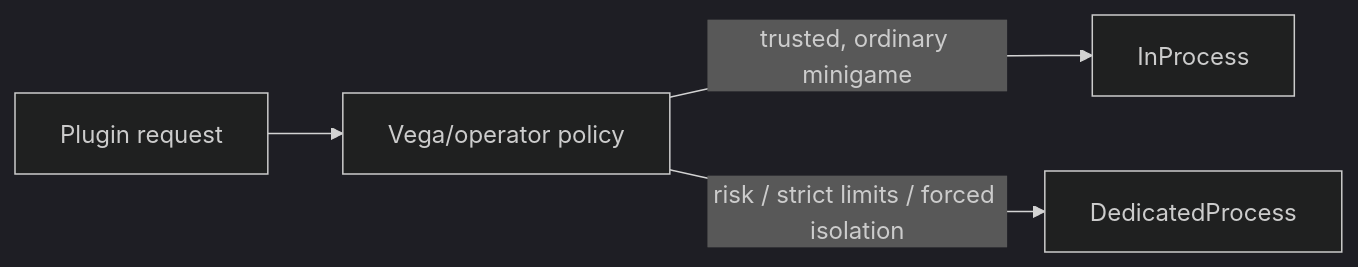
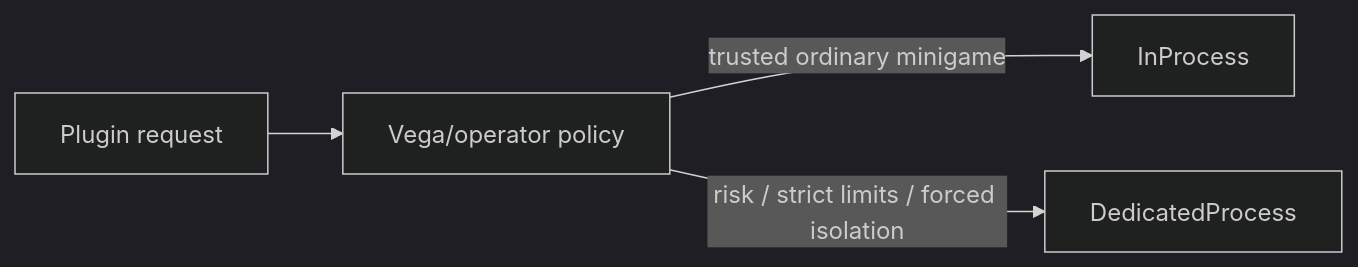
One commit to VegaKernel/TerraRuntime changed the second of 2 diagrams in docs/en/sandbox/README.md. Above: the diagram before and after it, drawn with Mermaid (dark theme). The commit also changed other lines of this file and 7 other files, not shown here.

First line of the commit message:
Define shared sandbox world sources and schematic format

````diff
--- a/docs/en/sandbox/README.md
+++ b/docs/en/sandbox/README.md
@@ -57,6 +68,6 @@
 ```mermaid
 flowchart LR
     Request["Plugin request"] --> Policy["Vega/operator policy"]
-    Policy -->|trusted, ordinary minigame| InProc["InProcess"]
+    Policy -->|trusted ordinary minigame| InProc["InProcess"]
     Policy -->|risk / strict limits / forced isolation| Dedicated["DedicatedProcess"]
 ```
````
